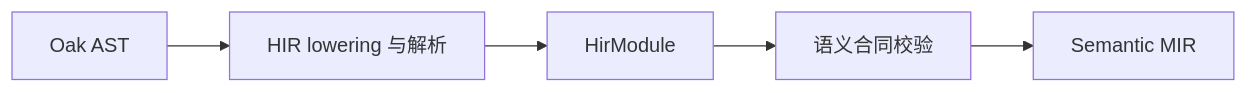
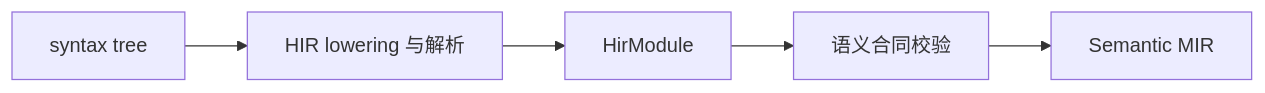
The diagram in projects/compiler/compiler.valkyrie/src/compiler/hir/readme.md (oovm/boost.rs), drawn with Mermaid before and after one commit. The commit also changed other lines of this file and 1392 other files, not shown here.

````diff
--- a/projects/compiler/compiler.valkyrie/src/compiler/hir/readme.md
+++ b/projects/compiler/compiler.valkyrie/src/compiler/hir/readme.md
@@ -7,7 +7,7 @@
 ```mermaid
 flowchart LR
-  ast[Oak AST] --> lower[HIR lowering 与解析]
+  ast[syntax tree] --> lower[HIR lowering 与解析]
   lower --> model[HirModule]
   model --> validation[语义合同校验]
   validation --> mir[Semantic MIR]
 ```
````
